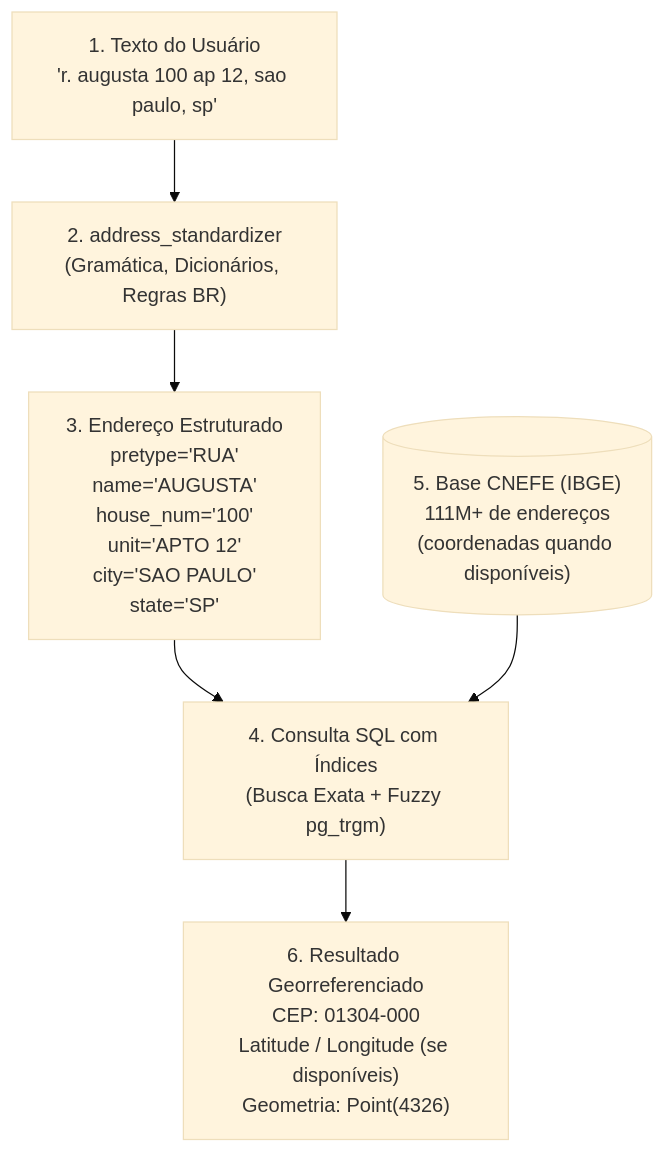
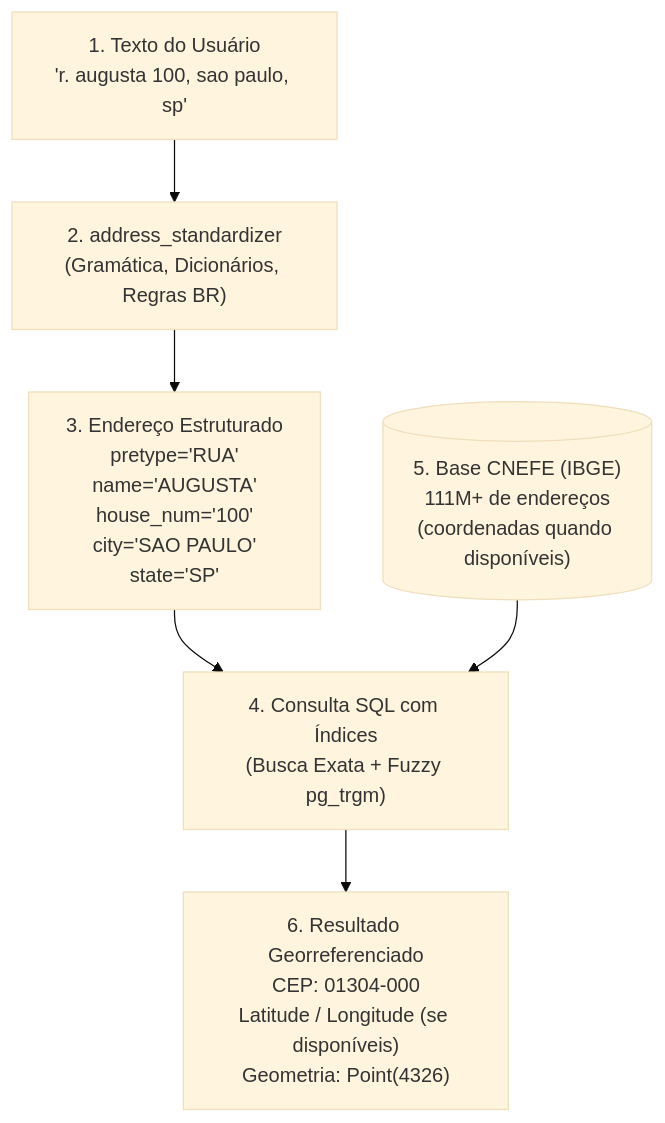
One commit to postgis/address_standardizer changed the diagram in docs/geocodificador_cnefe_brasil.md. Above: the diagram before and after it, drawn with Mermaid (base theme). The commit also changed other lines of this file, not shown here.

````diff
--- a/docs/geocodificador_cnefe_brasil.md
+++ b/docs/geocodificador_cnefe_brasil.md
@@ -11,12 +11,12 @@
 ```mermaid
 flowchart TD
-    Raw["1. Texto do Usuário\n'r. augusta 100 ap 12, sao paulo, sp'"] --> Parser["2. address_standardizer\n(Gramática, Dicionários, Regras BR)"]
+    Raw["1. Texto do Usuário\n'r. augusta 100, sao paulo, sp'"] --> Parser["2. address_standardizer\n(Gramática, Dicionários, Regras BR)"]
 
-    Parser --> Clean["3. Endereço Estruturado\npretype='RUA'\nname='AUGUSTA'\nhouse_num='100'\nunit='APTO 12'\ncity='SAO PAULO'\nstate='SP'"]
+    Parser --> Clean["3. Endereço Estruturado\npretype='RUA'\nname='AUGUSTA'\nhouse_num='100'\ncity='SAO PAULO'\nstate='SP'"]
 
     Clean --> Search["4. Consulta SQL com Índices\n(Busca Exata + Fuzzy pg_trgm)"]
 
     DB[("5. Base CNEFE (IBGE)\n111M+ de endereços\n(coordenadas quando disponíveis)")] --> Search
 
     Search --> Result["6. Resultado Georreferenciado\nCEP: 01304-000\nLatitude / Longitude (se disponíveis)\nGeometria: Point(4326)"]
 ```
````
